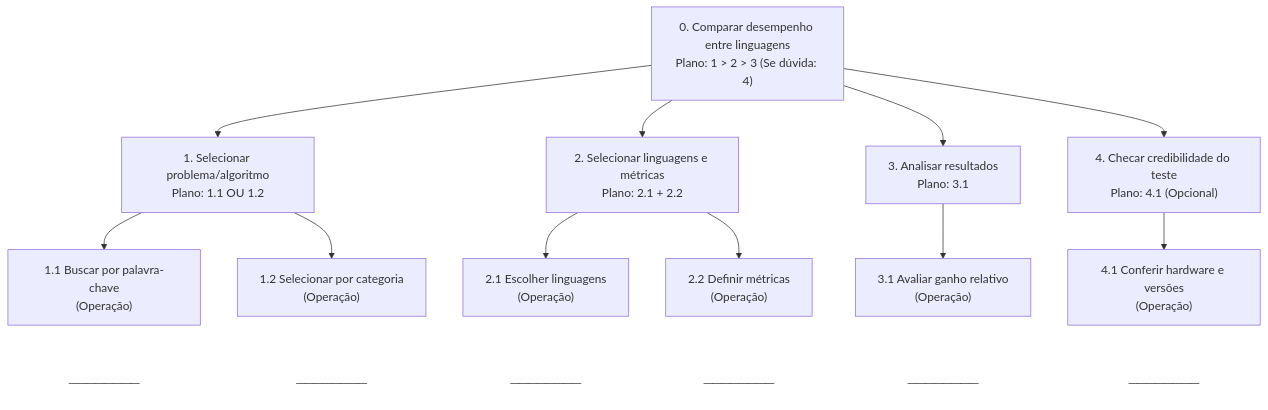
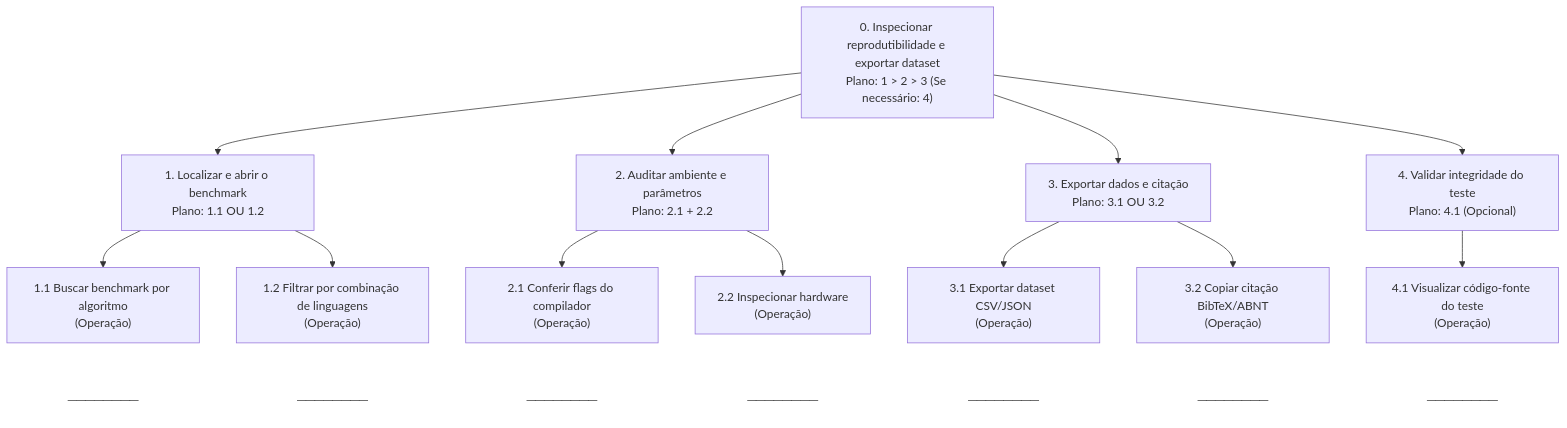
Before and after one commit to augustotx/ihc2026: the first of 4 diagrams in docs/05_analise_tarefas.md, drawn with Mermaid.

````diff
--- a/docs/05_analise_tarefas.md
+++ b/docs/05_analise_tarefas.md
@@ -52,48 +52,53 @@
 ```mermaid
 graph TD
-    N0["0. Comparar desempenho entre linguagens<br />Plano: 1 > 2 > 3 (Se dúvida: 4)"]
-    N1["1. Selecionar problema/algoritmo<br />Plano: 1.1 OU 1.2"]
-    N2["2. Selecionar linguagens e métricas<br />Plano: 2.1 + 2.2"]
-    N3["3. Analisar resultados<br />Plano: 3.1"]
-    N4["4. Checar credibilidade do teste<br />Plano: 4.1 (Opcional)"]
+    N0["0. Inspecionar reprodutibilidade e exportar dataset<br />Plano: 1 > 2 > 3 (Se necessário: 4)"]
+    N1["1. Localizar e abrir o benchmark<br />Plano: 1.1 OU 1.2"]
+    N2["2. Auditar ambiente e parâmetros<br />Plano: 2.1 + 2.2"]
+    N3["3. Exportar dados e citação<br />Plano: 3.1 OU 3.2"]
+    N4["4. Validar integridade do teste<br />Plano: 4.1 (Opcional)"]
 
-    N1_1["<div>1.1 Buscar por palavra-chave<br />(Operação)</div>"]
-    N1_2["<div>1.2 Selecionar por categoria<br />(Operação)</div>"]
-    N2_1["<div>2.1 Escolher linguagens<br />(Operação)</div>"]
-    N2_2["<div>2.2 Definir métricas<br />(Operação)</div>"]
-    N3_1["<div>3.1 Avaliar ganho relativo<br />(Operação)</div>"]
-    N4_1["<div>4.1 Conferir hardware e versões<br />(Operação)</div>"]
+    N1_1["<div>1.1 Buscar benchmark por algoritmo<br />(Operação)</div>"]
+    N1_2["<div>1.2 Filtrar por combinação de linguagens<br />(Operação)</div>"]
+    N2_1["<div>2.1 Conferir flags do compilador<br />(Operação)</div>"]
+    N2_2["<div>2.2 Inspecionar hardware<br />(Operação)</div>"]
+    N3_1["<div>3.1 Exportar dataset CSV/JSON<br />(Operação)</div>"]
+    N3_2["<div>3.2 Copiar citação BibTeX/ABNT<br />(Operação)</div>"]
+    N4_1["<div>4.1 Visualizar código-fonte do teste<br />(Operação)</div>"]
 
     N1_1_L["────────"]
     N1_2_L["────────"]
     N2_1_L["────────"]
     N2_2_L["────────"]
     N3_1_L["────────"]
+    N3_2_L["────────"]
     N4_1_L["────────"]
 
     N0 --> N1
     N0 --> N2
     N0 --> N3
     N0 --> N4
 
     N1 --> N1_1
     N1 --> N1_2
     N2 --> N2_1
     N2 --> N2_2
     N3 --> N3_1
+    N3 --> N3_2
     N4 --> N4_1
 
     N1_1 ~~~ N1_1_L
     N1_2 ~~~ N1_2_L
     N2_1 ~~~ N2_1_L
     N2_2 ~~~ N2_2_L
     N3_1 ~~~ N3_1_L
+    N3_2 ~~~ N3_2_L
     N4_1 ~~~ N4_1_L
 
     style N1_1_L fill:none,stroke:none,color:#333
     style N1_2_L fill:none,stroke:none,color:#333
     style N2_1_L fill:none,stroke:none,color:#333
     style N2_2_L fill:none,stroke:none,color:#333
     style N3_1_L fill:none,stroke:none,color:#333
+    style N3_2_L fill:none,stroke:none,color:#333
     style N4_1_L fill:none,stroke:none,color:#333
 ```
````
